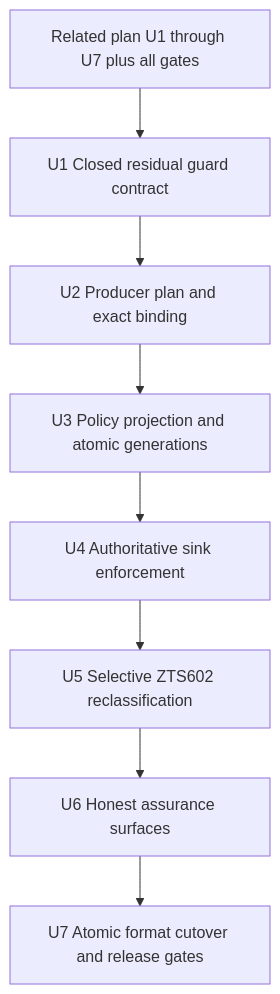
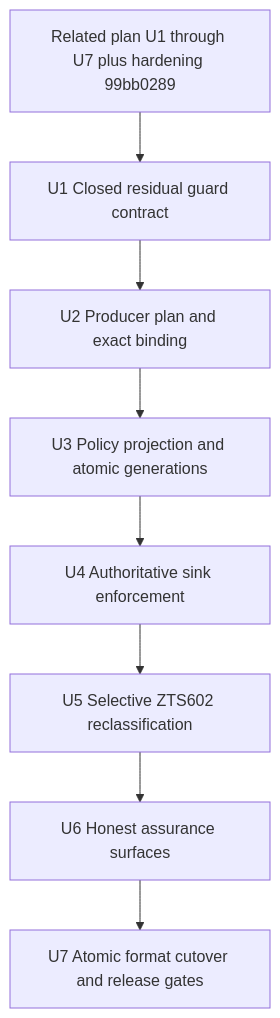
One commit to srdjan/zttp changed the fifth of 5 diagrams in docs/plans/2026-08-31-1242-feat-residual-runtime-guard-addendum-plan.md. Above: the diagram before and after it, drawn with Mermaid. The commit also changed other lines of this file, not shown here.

````diff
--- a/docs/plans/2026-08-31-1242-feat-residual-runtime-guard-addendum-plan.md
+++ b/docs/plans/2026-08-31-1242-feat-residual-runtime-guard-addendum-plan.md
@@ -287,10 +377,10 @@
 ```mermaid
 flowchart TB
-  P1[Related plan U1 through U7 plus all gates] --> U1[U1 Closed residual guard contract]
+  P1[Related plan U1 through U7 plus hardening 99bb0289] --> U1[U1 Closed residual guard contract]
   U1 --> U2[U2 Producer plan and exact binding]
   U2 --> U3[U3 Policy projection and atomic generations]
   U3 --> U4[U4 Authoritative sink enforcement]
   U4 --> U5[U5 Selective ZTS602 reclassification]
   U5 --> U6[U6 Honest assurance surfaces]
   U6 --> U7[U7 Atomic format cutover and release gates]
 ```
````
